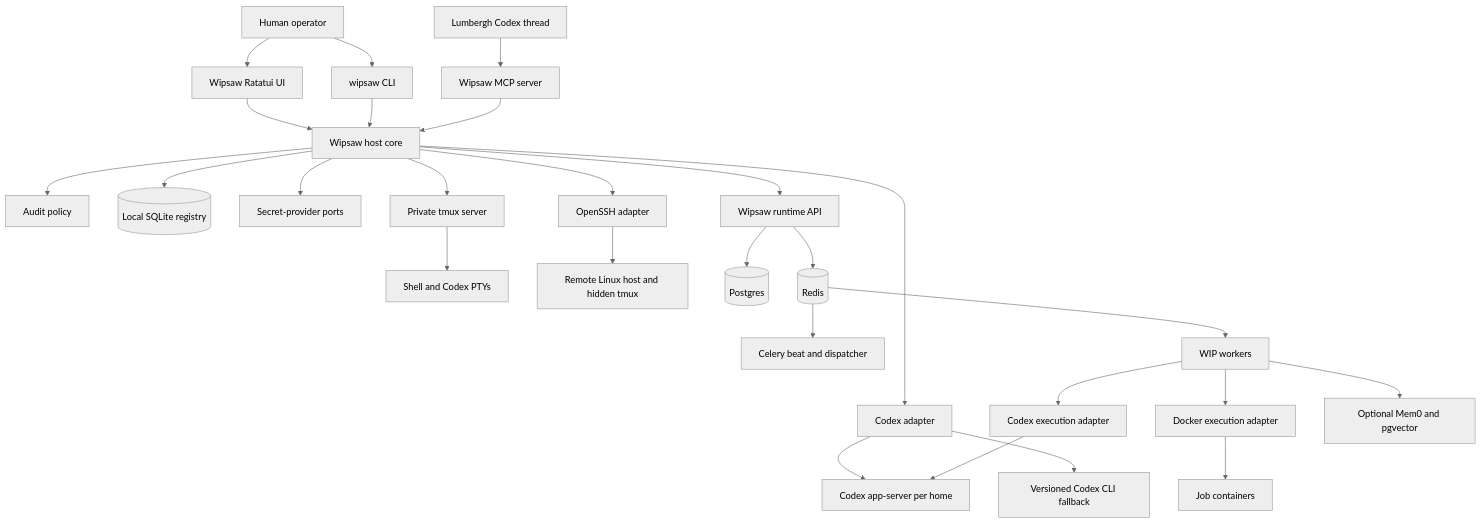
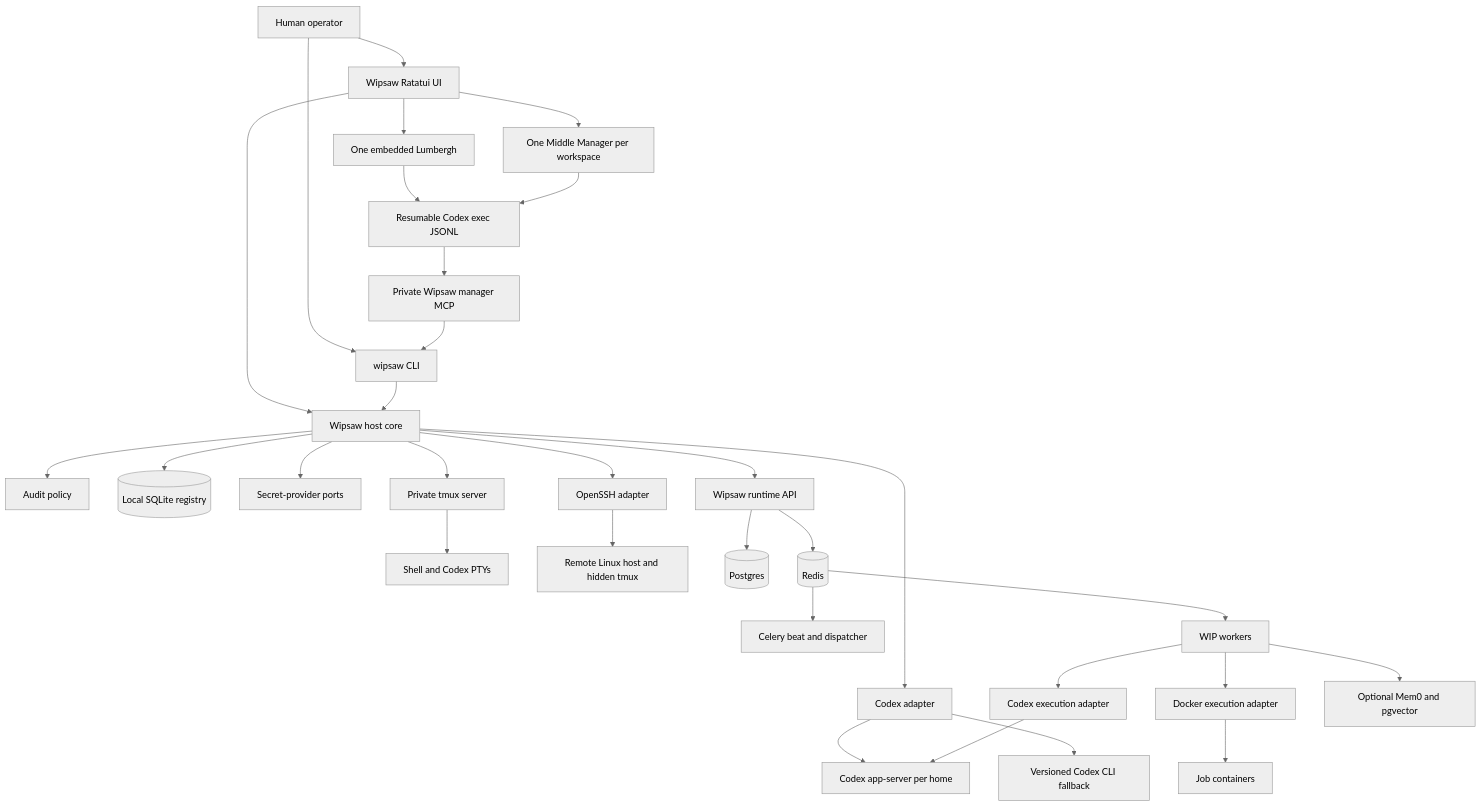
Before and after one commit to jordanculver/wipsaw: the first of 3 diagrams in docs/ARCHITECTURE.md, drawn with Mermaid (neutral theme). The commit also changed other lines of this file and 15 other files, not shown here.

Commit message:
Embed Lumbergh and workspace Middle Managers

````diff
--- a/docs/ARCHITECTURE.md
+++ b/docs/ARCHITECTURE.md
@@ -49,32 +49,36 @@
 ```mermaid
 flowchart TB
     Human[Human operator] --> TUI[Wipsaw Ratatui UI]
     Human --> CLI[wipsaw CLI]
-    Lumbergh[Lumbergh Codex thread] --> MCP[Wipsaw MCP server]
+    TUI --> Lumbergh[One embedded Lumbergh]
+    TUI --> Middle[One Middle Manager per workspace]
+    Lumbergh --> ManagerExec[Resumable Codex exec JSONL]
+    Middle --> ManagerExec
+    ManagerExec --> ManagerMCP[Private Wipsaw manager MCP]
 
     TUI --> Core[Wipsaw host core]
     CLI --> Core
-    MCP --> Core
+    ManagerMCP --> CLI
     Core --> Audit[Audit policy]
     Core --> Registry[(Local SQLite registry)]
     Core --> Secrets[Secret-provider ports]
     Core --> Tmux[Private tmux server]
     Core --> Codex[Codex adapter]
     Core --> SSH[OpenSSH adapter]
     Core --> RuntimeAPI[Wipsaw runtime API]
 
     Tmux --> PTY[Shell and Codex PTYs]
     Codex --> AppServer[Codex app-server per home]
     Codex --> CodexCLI[Versioned Codex CLI fallback]
     SSH --> Remote[Remote Linux host and hidden tmux]
 
     RuntimeAPI --> RuntimeDB[(Postgres)]
     RuntimeAPI --> Redis[(Redis)]
     Redis --> Beat[Celery beat and dispatcher]
     Redis --> Workers[WIP workers]
     Workers --> Docker[Docker execution adapter]
     Workers --> CodexExec[Codex execution adapter]
     Workers --> Memory[Optional Mem0 and pgvector]
     Docker --> Containers[Job containers]
     CodexExec --> AppServer
 ```
````
